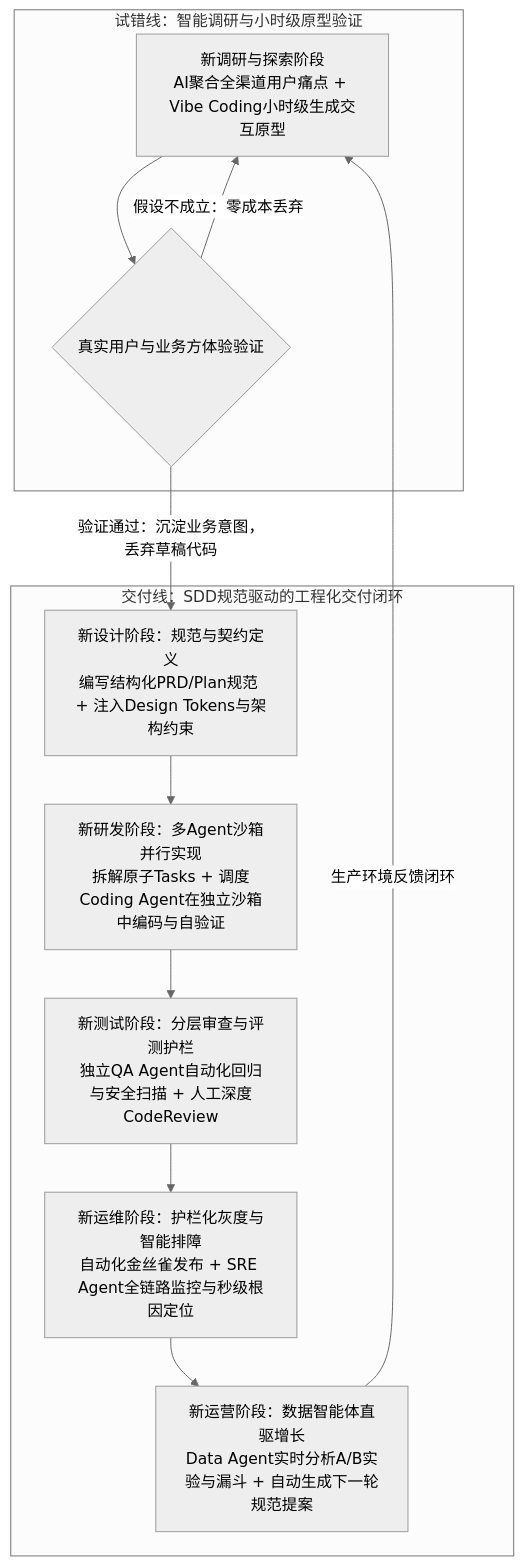
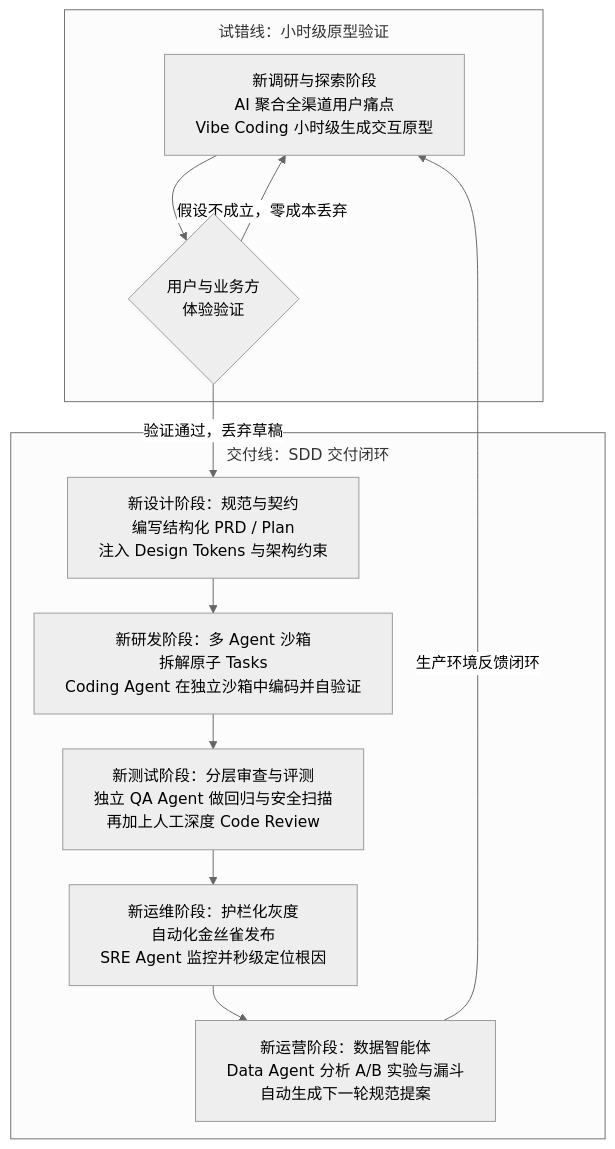
One commit to gqcn/johns-blog changed the fourth of 5 diagrams in docs/docs/1000-AI技术/200-应用开发/400-工程管理与实践/10000-AI时代的软件工程管理：角色重构、生命周期演进与治理新范式.md. Above: the diagram before and after it, drawn with Mermaid (neutral theme). The commit also changed other lines of this file and 1 other file, not shown here.

Commit message:
feat: enhance markdown formatting guidelines for mermaid diagrams and content clarity

````diff
--- a/docs/docs/1000-AI技术/200-应用开发/400-工程管理与实践/10000-AI时代的软件工程管理：角色重构、生命周期演进与治理新范式.md
+++ b/docs/docs/1000-AI技术/200-应用开发/400-工程管理与实践/10000-AI时代的软件工程管理：角色重构、生命周期演进与治理新范式.md
@@ -375,18 +376,19 @@
 ```mermaid
+%%{init: {"flowchart": {"wrappingWidth": 560, "nodeSpacing": 28, "rankSpacing": 36, "padding": 16, "subGraphTitleMargin": {"top": 11, "bottom": 17}}}}%%
 flowchart TD
-    subgraph explore ["试错线：智能调研与小时级原型验证"]
-        S1["新调研与探索阶段<br/>AI聚合全渠道用户痛点 + Vibe Coding小时级生成交互原型"]
-        S1 --> S1_Check{真实用户与业务方体验验证}
-        S1_Check -->|假设不成立：零成本丢弃| S1
+    subgraph explore ["试错线：小时级原型验证"]
+        S1["新调研与探索阶段<br/>AI 聚合全渠道用户痛点<br/>Vibe Coding 小时级生成交互原型"]
+        S1 --> S1_Check{"用户与业务方<br/>体验验证"}
+        S1_Check -->|假设不成立，零成本丢弃| S1
     end
-    subgraph deliver ["交付线：SDD规范驱动的工程化交付闭环"]
-        S2["新设计阶段：规范与契约定义<br/>编写结构化PRD/Plan规范 + 注入Design Tokens与架构约束"]
-        S3["新研发阶段：多Agent沙箱并行实现<br/>拆解原子Tasks + 调度Coding Agent在独立沙箱中编码与自验证"]
-        S4["新测试阶段：分层审查与评测护栏<br/>独立QA Agent自动化回归与安全扫描 + 人工深度CodeReview"]
-        S5["新运维阶段：护栏化灰度与智能排障<br/>自动化金丝雀发布 + SRE Agent全链路监控与秒级根因定位"]
-        S6["新运营阶段：数据智能体直驱增长<br/>Data Agent实时分析A/B实验与漏斗 + 自动生成下一轮规范提案"]
+    subgraph deliver ["交付线：SDD 交付闭环"]
+        S2["新设计阶段：规范与契约<br/>编写结构化 PRD / Plan<br/>注入 Design Tokens 与架构约束"]
+        S3["新研发阶段：多 Agent 沙箱<br/>拆解原子 Tasks<br/>Coding Agent 在独立沙箱中编码并自验证"]
+        S4["新测试阶段：分层审查与评测<br/>独立 QA Agent 做回归与安全扫描<br/>再加上人工深度 Code Review"]
+        S5["新运维阶段：护栏化灰度<br/>自动化金丝雀发布<br/>SRE Agent 监控并秒级定位根因"]
+        S6["新运营阶段：数据智能体<br/>Data Agent 分析 A/B 实验与漏斗<br/>自动生成下一轮规范提案"]
         S2 --> S3 --> S4 --> S5 --> S6
     end
-    S1_Check -->|验证通过：沉淀业务意图，丢弃草稿代码| S2
+    S1_Check -->|验证通过，丢弃草稿| S2
     S6 -->|生产环境反馈闭环| S1
 ```
````
